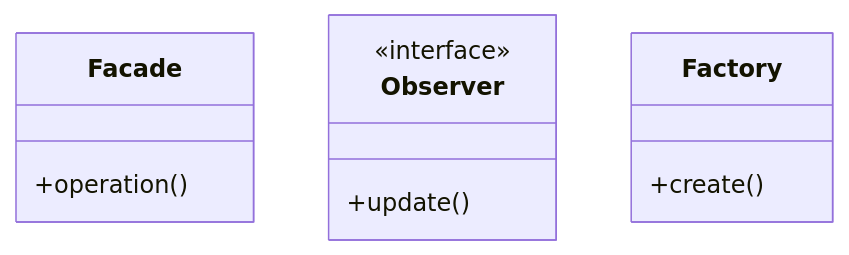
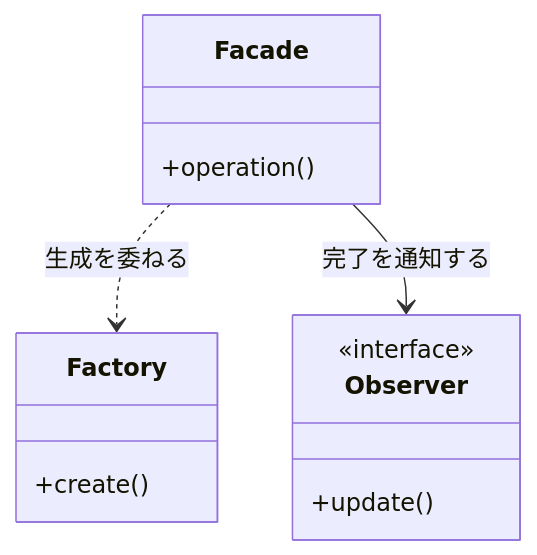
One commit to kumachan1101-pixel/DesignPattern changed the sixth of 6 diagrams in kindle/design-patterns/output/chapter10.md. Above: the diagram before and after it, drawn with Mermaid. The commit also changed 7 other files, not shown here.

Commit message:
fix: クラス図の関係性を明確化

````diff
--- a/kindle/design-patterns/output/chapter10.md
+++ b/kindle/design-patterns/output/chapter10.md
@@ -1440,13 +1440,15 @@
 ```mermaid
 classDiagram
     class Facade {
         +operation()
     }
     class Observer {
         <<interface>>
         +update()
     }
     class Factory {
         +create()
     }
+    Facade ..> Factory : 生成を委ねる
+    Facade --> Observer : 完了を通知する
 ```
````
